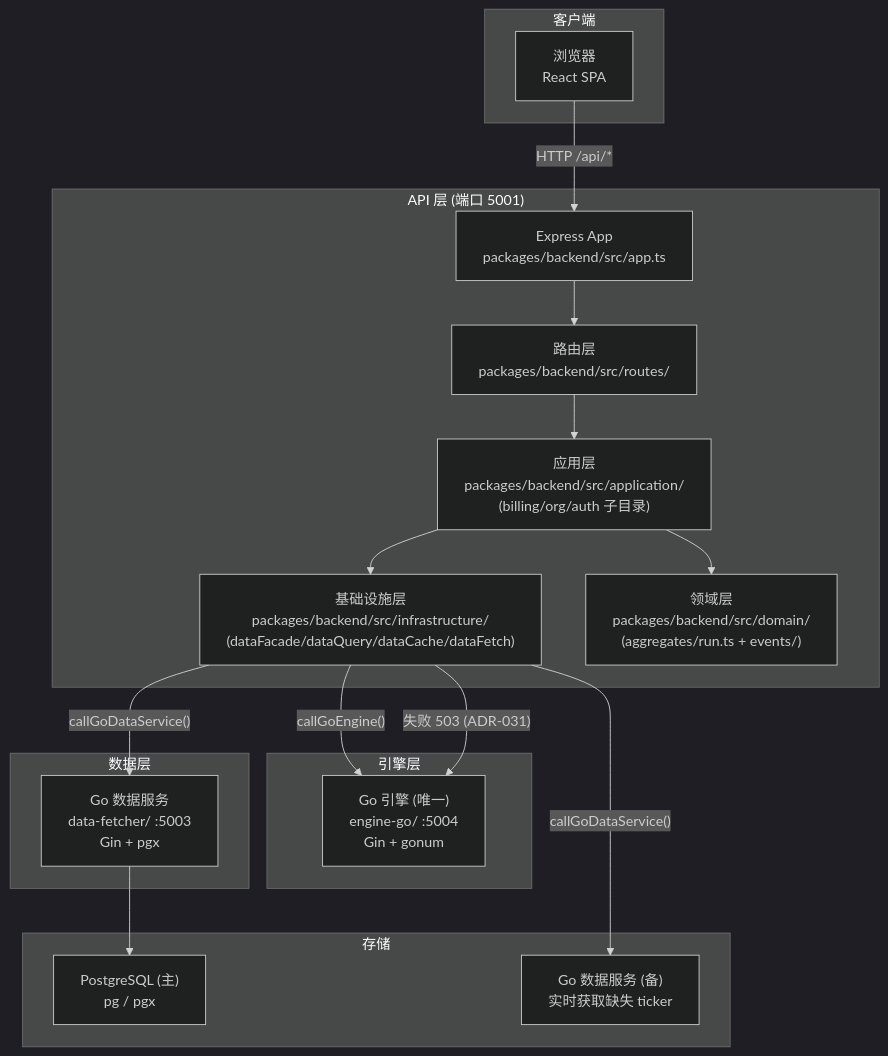
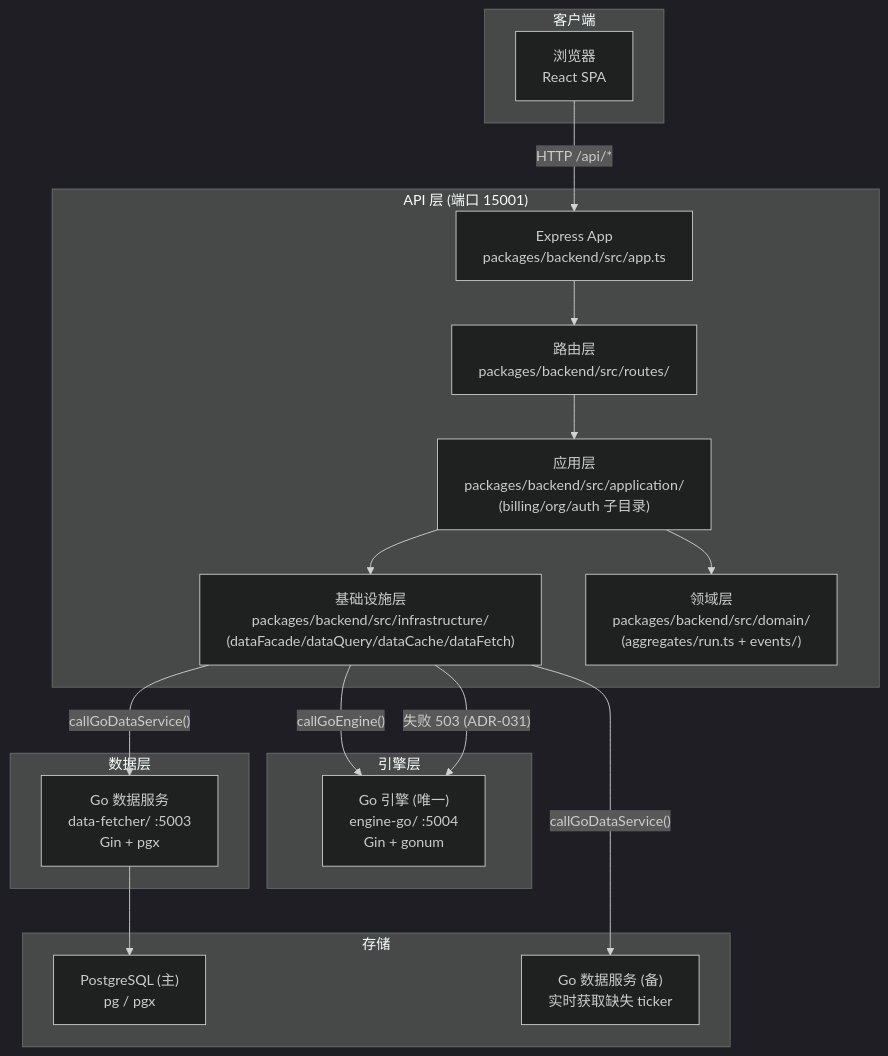
One commit to FCFColin/backtest-platform changed the diagram in docs/ARCHITECTURE.md. Above: the diagram before and after it, drawn with Mermaid (dark theme). The commit also changed other lines of this file and 24 other files, not shown here.

````diff
--- a/docs/ARCHITECTURE.md
+++ b/docs/ARCHITECTURE.md
@@ -9,37 +9,37 @@
 ```mermaid
 flowchart TB
     subgraph Client["客户端"]
         UI["浏览器<br/>React SPA"]
     end
 
-    subgraph APILayer["API 层 (端口 5001)"]
+    subgraph APILayer["API 层 (端口 15001)"]
         APP["Express App<br/>packages/backend/src/app.ts"]
         ROUTES["路由层<br/>packages/backend/src/routes/"]
         APP_LAYER["应用层<br/>packages/backend/src/application/<br/>(billing/org/auth 子目录)"]
         INFRA["基础设施层<br/>packages/backend/src/infrastructure/<br/>(dataFacade/dataQuery/dataCache/dataFetch)"]
         DOMAIN["领域层<br/>packages/backend/src/domain/<br/>(aggregates/run.ts + events/)"]
     end
 
     subgraph EngineLayer["引擎层"]
         GO_ENG["Go 引擎 (唯一)<br/>engine-go/ :5004<br/>Gin + gonum"]
     end
 
     subgraph DataLayer["数据层"]
         GO_DATA["Go 数据服务<br/>data-fetcher/ :5003<br/>Gin + pgx"]
     end
 
     subgraph Storage["存储"]
         PG["PostgreSQL (主)<br/>pg / pgx"]
         GO_DATA_FALLBACK["Go 数据服务 (备)<br/>实时获取缺失 ticker"]
     end
 
     UI -->|"HTTP /api/*"| APP
     APP --> ROUTES --> APP_LAYER
     APP_LAYER --> DOMAIN
     APP_LAYER --> INFRA
     INFRA -->|"callGoEngine()"| GO_ENG
     INFRA -->|"失败 503 (ADR-031)"| GO_ENG
     INFRA -->|"callGoDataService()"| GO_DATA
     INFRA -->|"callGoDataService()"| GO_DATA_FALLBACK
     GO_DATA --> PG
 ```
````
